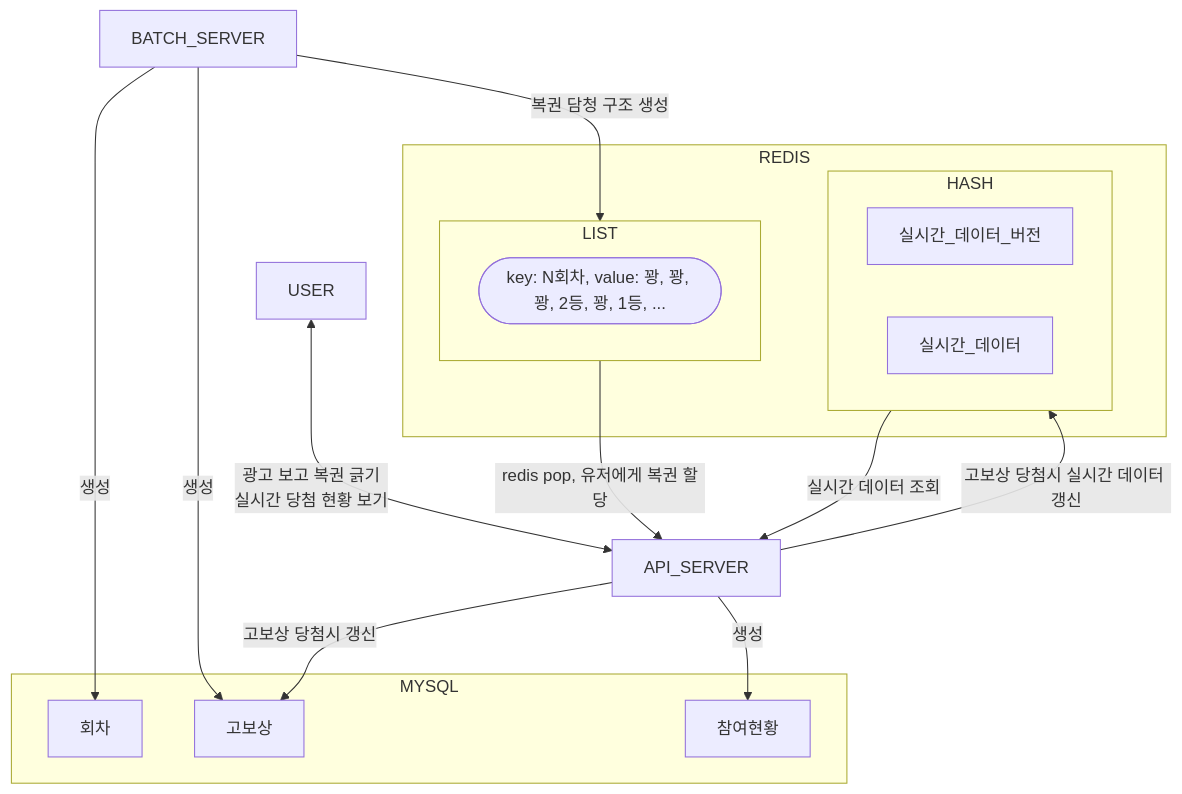
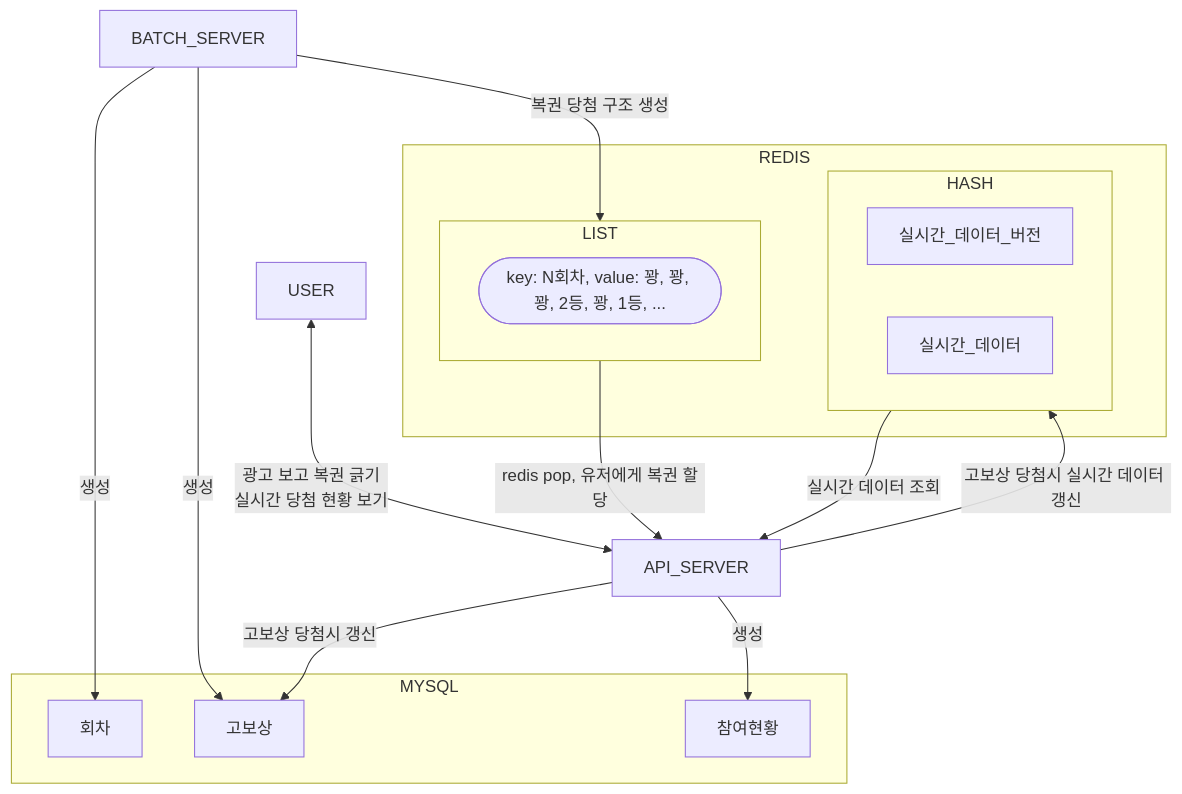
One commit to jyc228/my-engineering-portfolio changed the diagram in bunjang/lottery.md. Above: the diagram before and after it, drawn with Mermaid. The commit also changed other lines of this file and 17 other files, not shown here.

````diff
--- a/bunjang/lottery.md
+++ b/bunjang/lottery.md
@@ -26,28 +26,28 @@
 ```mermaid
 flowchart
     USER <-- 광고 보고 복권 긁기\n실시간 당첨 현황 보기 --> API_SERVER
     BATCH_SERVER -- 생성 --> 회차
     BATCH_SERVER -- 생성 --> 고보상
-    BATCH_SERVER -- 복권 담청 구조 생성 --> LIST
+    BATCH_SERVER -- 복권 당첨 구조 생성 --> LIST
     LIST -- redis pop, 유저에게 복권 할당 --> API_SERVER
     HASH -- 실시간 데이터 조회 --> API_SERVER
     API_SERVER -- 고보상 당첨시 실시간 데이터 갱신 --> HASH
     API_SERVER -- 생성 --> 참여현황
     API_SERVER -- 고보상 당첨시 갱신 --> 고보상
 
     subgraph REDIS
         subgraph LIST
             N_회차([key: N회차, value: 꽝, 꽝, 꽝, 2등, 꽝, 1등, ...])
         end
         subgraph HASH
             실시간_데이터_버전
             실시간_데이터
         end
     end
 
     subgraph MYSQL
         회차
         고보상
         참여현황
     end
 ```
````
